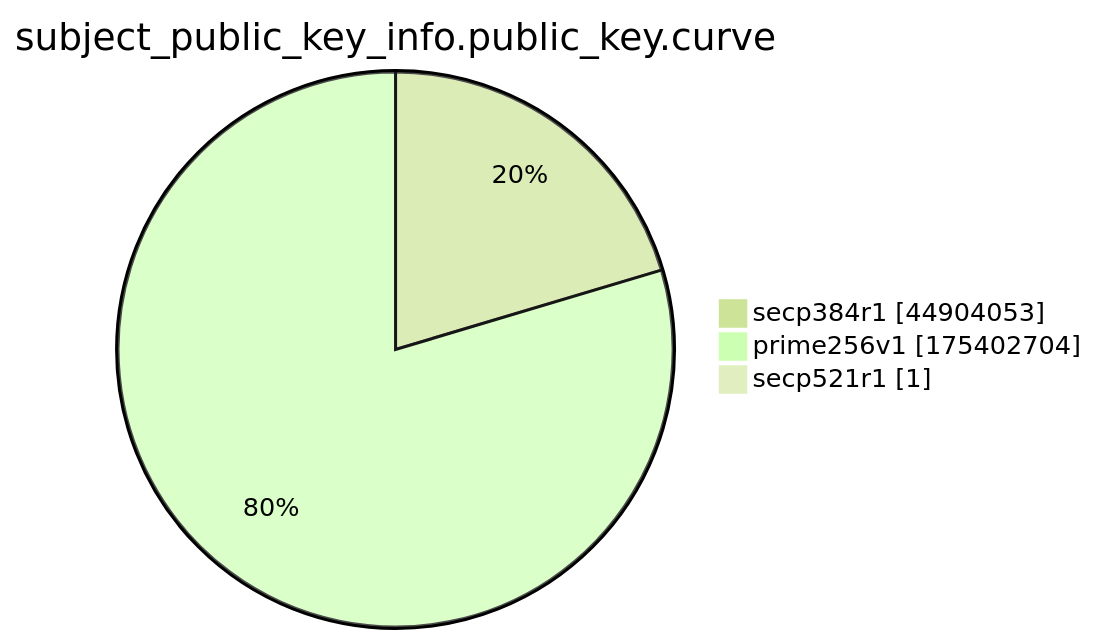
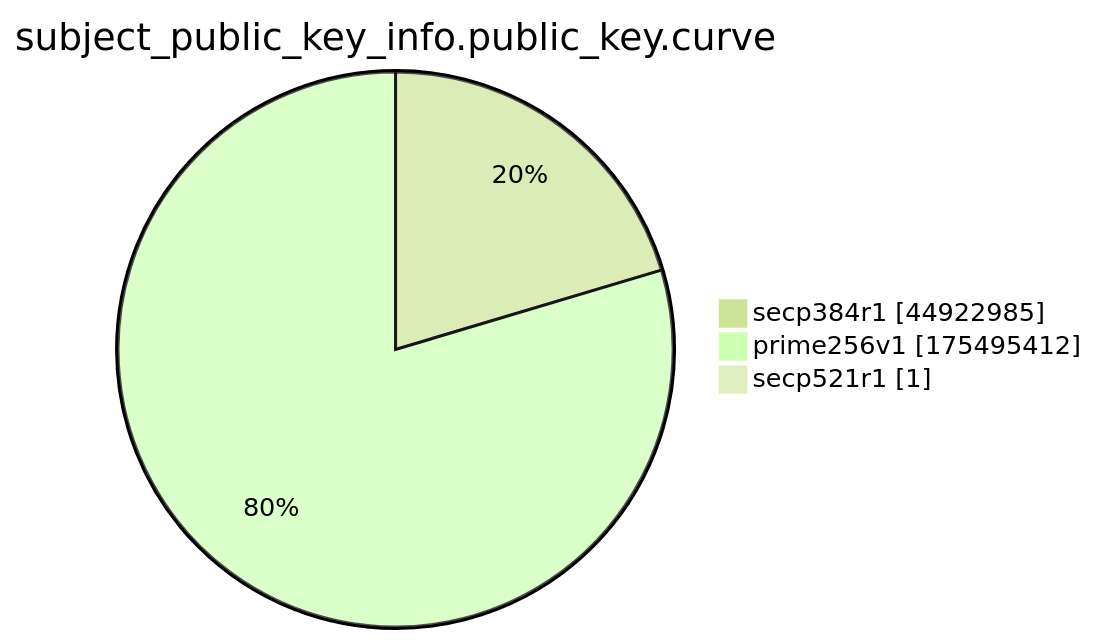
One commit to christiankrug/ctmonitor_visualization changed the ninth of 15 diagrams in xenon2022/README.md. Above: the diagram before and after it, drawn with Mermaid (forest theme). The commit also changed other lines of this file, not shown here.

````diff
--- a/xenon2022/README.md
+++ b/xenon2022/README.md
@@ -2872,7 +2872,7 @@
 ```mermaid
 pie showData
 title subject_public_key_info.public_key.curve
-"secp384r1" :44904053
-"prime256v1" :175402704
+"secp384r1" :44922985
+"prime256v1" :175495412
 "secp521r1" :1
 ```
````
